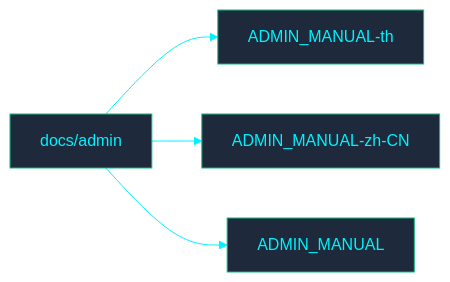
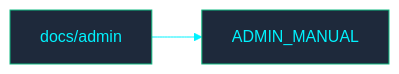
The diagram in docs/admin/README.md (PATTANAKORN025/IMS), drawn with Mermaid before and after one commit. The commit also changed other lines of this file and 246 other files, not shown here.

````diff
--- a/docs/admin/README.md
+++ b/docs/admin/README.md
@@ -14,8 +14,6 @@
 ```mermaid
 %%{init: {'theme': 'base', 'themeVariables': { 'primaryColor': '#1e293b', 'primaryTextColor': '#00F2FE', 'primaryBorderColor': '#10B981', 'lineColor': '#00F2FE', 'secondaryColor': '#0f172a', 'tertiaryColor': '#0f172a', 'clusterBkg': '#030407', 'clusterBorder': '#00F2FE'}}}%%
 flowchart LR
   ROOT["docs/admin"]
-  ROOT --> F0["ADMIN_MANUAL-th"]
-  ROOT --> F1["ADMIN_MANUAL-zh-CN"]
-  ROOT --> F2["ADMIN_MANUAL"]
+  ROOT --> F0["ADMIN_MANUAL"]
 ```
````
